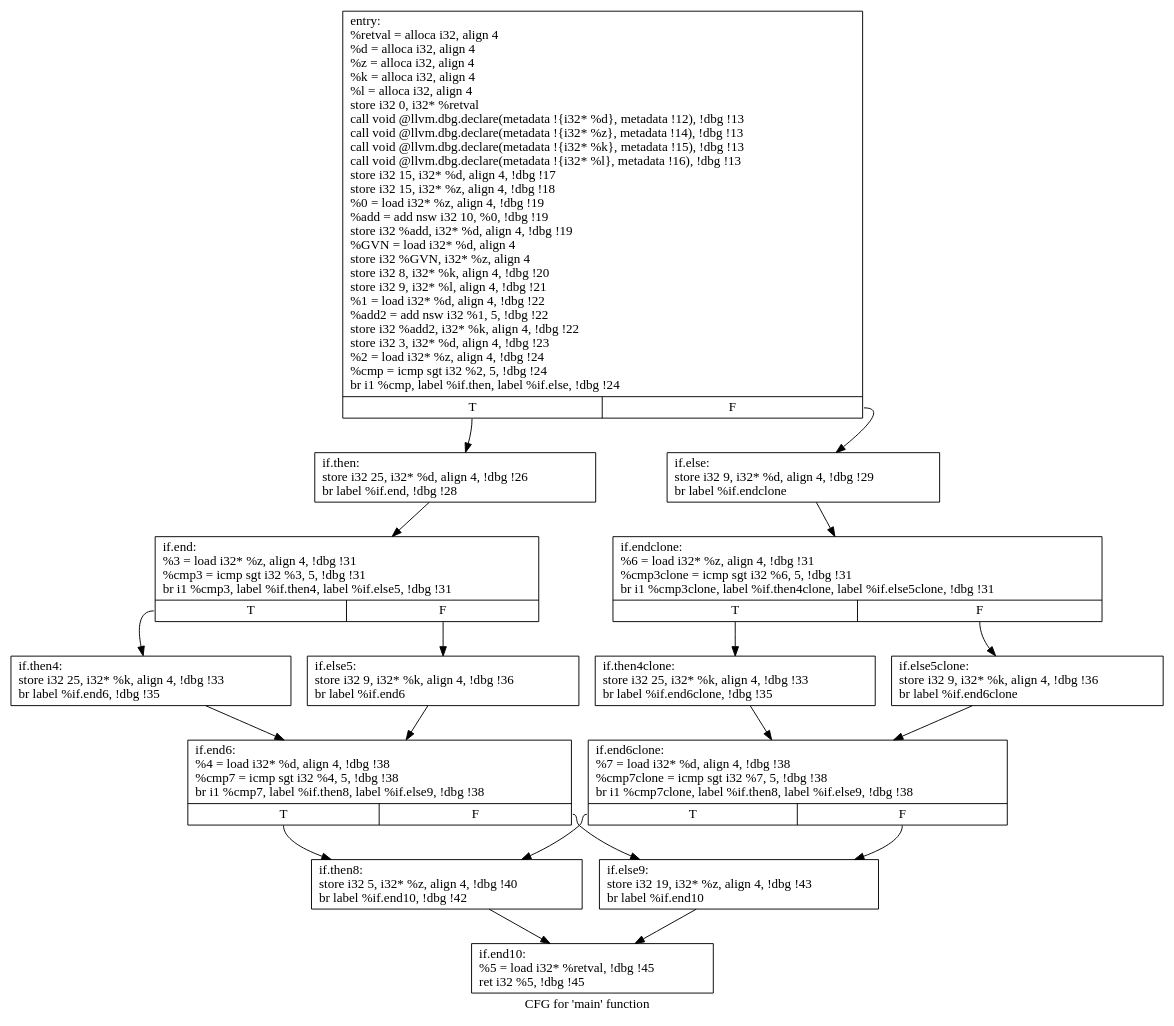
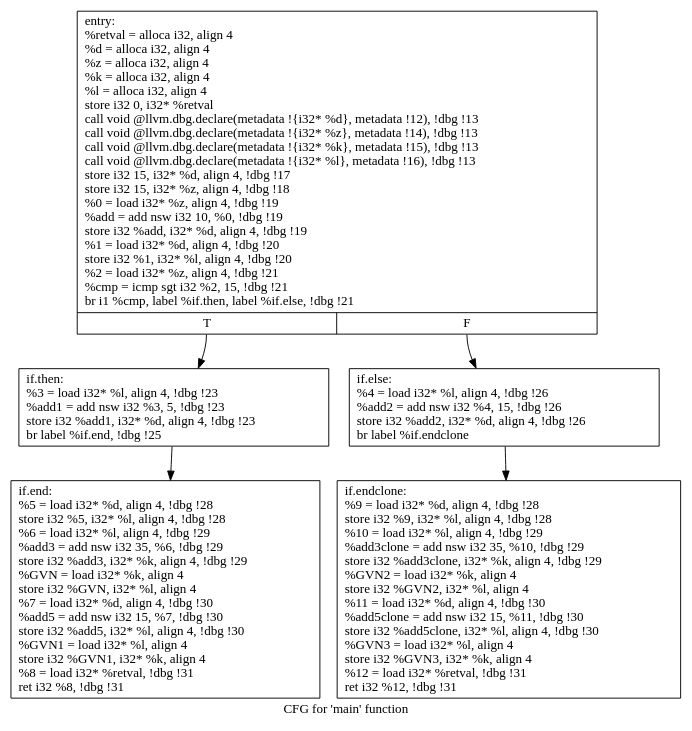
Before and after one commit to ddr2108/CS6241-Array_Bounding: the diagram in Work/Pass/Part 3/Combine/cfg.main.dot, drawn with Graphviz. The commit also changed 1 other file, not shown here.

```diff
--- a/Work/Pass/Part 3/Combine/cfg.main.dot
+++ b/Work/Pass/Part 3/Combine/cfg.main.dot
@@ -1,36 +1,13 @@
 digraph "CFG for 'main' function" {
 	label="CFG for 'main' function";
 
-	Node0x1e4ac90 [shape=record,label="{entry:\l  %retval = alloca i32, align 4\l  %d = alloca i32, align 4\l  %z = alloca i32, align 4\l  %k = alloca i32, align 4\l  %l = alloca i32, align 4\l  store i32 0, i32* %retval\l  call void @llvm.dbg.declare(metadata !\{i32* %d\}, metadata !12), !dbg !13\l  call void @llvm.dbg.declare(metadata !\{i32* %z\}, metadata !14), !dbg !13\l  call void @llvm.dbg.declare(metadata !\{i32* %k\}, metadata !15), !dbg !13\l  call void @llvm.dbg.declare(metadata !\{i32* %l\}, metadata !16), !dbg !13\l  store i32 15, i32* %d, align 4, !dbg !17\l  store i32 15, i32* %z, align 4, !dbg !18\l  %0 = load i32* %z, align 4, !dbg !19\l  %add = add nsw i32 10, %0, !dbg !19\l  store i32 %add, i32* %d, align 4, !dbg !19\l  %GVN = load i32* %d, align 4\l  store i32 %GVN, i32* %z, align 4\l  store i32 8, i32* %k, align 4, !dbg !20\l  store i32 9, i32* %l, align 4, !dbg !21\l  %1 = load i32* %d, align 4, !dbg !22\l  %add2 = add nsw i32 %1, 5, !dbg !22\l  store i32 %add2, i32* %k, align 4, !dbg !22\l  store i32 3, i32* %d, align 4, !dbg !23\l  %2 = load i32* %z, align 4, !dbg !24\l  %cmp = icmp sgt i32 %2, 5, !dbg !24\l  br i1 %cmp, label %if.then, label %if.else, !dbg !24\l|{<s0>T|<s1>F}}"];
-	Node0x1e4ac90:s0 -> Node0x1e4acf0;
-	Node0x1e4ac90:s1 -> Node0x1e4ad50;
-	Node0x1e4acf0 [shape=record,label="{if.then:                                          \l  store i32 25, i32* %d, align 4, !dbg !26\l  br label %if.end, !dbg !28\l}"];
-	Node0x1e4acf0 -> Node0x1e4adb0;
-	Node0x1e4ad50 [shape=record,label="{if.else:                                          \l  store i32 9, i32* %d, align 4, !dbg !29\l  br label %if.endclone\l}"];
-	Node0x1e4ad50 -> Node0x1e72e40;
-	Node0x1e4adb0 [shape=record,label="{if.end:                                           \l  %3 = load i32* %z, align 4, !dbg !31\l  %cmp3 = icmp sgt i32 %3, 5, !dbg !31\l  br i1 %cmp3, label %if.then4, label %if.else5, !dbg !31\l|{<s0>T|<s1>F}}"];
-	Node0x1e4adb0:s0 -> Node0x1e4ae10;
-	Node0x1e4adb0:s1 -> Node0x1e4ae70;
-	Node0x1e4ae10 [shape=record,label="{if.then4:                                         \l  store i32 25, i32* %k, align 4, !dbg !33\l  br label %if.end6, !dbg !35\l}"];
-	Node0x1e4ae10 -> Node0x1e4aed0;
-	Node0x1e4ae70 [shape=record,label="{if.else5:                                         \l  store i32 9, i32* %k, align 4, !dbg !36\l  br label %if.end6\l}"];
-	Node0x1e4ae70 -> Node0x1e4aed0;
-	Node0x1e4aed0 [shape=record,label="{if.end6:                                          \l  %4 = load i32* %d, align 4, !dbg !38\l  %cmp7 = icmp sgt i32 %4, 5, !dbg !38\l  br i1 %cmp7, label %if.then8, label %if.else9, !dbg !38\l|{<s0>T|<s1>F}}"];
-	Node0x1e4aed0:s0 -> Node0x1e4af30;
-	Node0x1e4aed0:s1 -> Node0x1e5a4f0;
-	Node0x1e4af30 [shape=record,label="{if.then8:                                         \l  store i32 5, i32* %z, align 4, !dbg !40\l  br label %if.end10, !dbg !42\l}"];
-	Node0x1e4af30 -> Node0x1e5a550;
-	Node0x1e5a4f0 [shape=record,label="{if.else9:                                         \l  store i32 19, i32* %z, align 4, !dbg !43\l  br label %if.end10\l}"];
-	Node0x1e5a4f0 -> Node0x1e5a550;
-	Node0x1e5a550 [shape=record,label="{if.end10:                                         \l  %5 = load i32* %retval, !dbg !45\l  ret i32 %5, !dbg !45\l}"];
-	Node0x1e72e40 [shape=record,label="{if.endclone:                                      \l  %6 = load i32* %z, align 4, !dbg !31\l  %cmp3clone = icmp sgt i32 %6, 5, !dbg !31\l  br i1 %cmp3clone, label %if.then4clone, label %if.else5clone, !dbg !31\l|{<s0>T|<s1>F}}"];
-	Node0x1e72e40:s0 -> Node0x1e73100;
-	Node0x1e72e40:s1 -> Node0x1e73320;
-	Node0x1e73100 [shape=record,label="{if.then4clone:                                    \l  store i32 25, i32* %k, align 4, !dbg !33\l  br label %if.end6clone, !dbg !35\l}"];
-	Node0x1e73100 -> Node0x1e736a0;
-	Node0x1e73320 [shape=record,label="{if.else5clone:                                    \l  store i32 9, i32* %k, align 4, !dbg !36\l  br label %if.end6clone\l}"];
-	Node0x1e73320 -> Node0x1e736a0;
-	Node0x1e736a0 [shape=record,label="{if.end6clone:                                     \l  %7 = load i32* %d, align 4, !dbg !38\l  %cmp7clone = icmp sgt i32 %7, 5, !dbg !38\l  br i1 %cmp7clone, label %if.then8, label %if.else9, !dbg !38\l|{<s0>T|<s1>F}}"];
-	Node0x1e736a0:s0 -> Node0x1e4af30;
-	Node0x1e736a0:s1 -> Node0x1e5a4f0;
+	Node0x1cdfd40 [shape=record,label="{entry:\l  %retval = alloca i32, align 4\l  %d = alloca i32, align 4\l  %z = alloca i32, align 4\l  %k = alloca i32, align 4\l  %l = alloca i32, align 4\l  store i32 0, i32* %retval\l  call void @llvm.dbg.declare(metadata !\{i32* %d\}, metadata !12), !dbg !13\l  call void @llvm.dbg.declare(metadata !\{i32* %z\}, metadata !14), !dbg !13\l  call void @llvm.dbg.declare(metadata !\{i32* %k\}, metadata !15), !dbg !13\l  call void @llvm.dbg.declare(metadata !\{i32* %l\}, metadata !16), !dbg !13\l  store i32 15, i32* %d, align 4, !dbg !17\l  store i32 15, i32* %z, align 4, !dbg !18\l  %0 = load i32* %z, align 4, !dbg !19\l  %add = add nsw i32 10, %0, !dbg !19\l  store i32 %add, i32* %d, align 4, !dbg !19\l  %1 = load i32* %d, align 4, !dbg !20\l  store i32 %1, i32* %l, align 4, !dbg !20\l  %2 = load i32* %z, align 4, !dbg !21\l  %cmp = icmp sgt i32 %2, 15, !dbg !21\l  br i1 %cmp, label %if.then, label %if.else, !dbg !21\l|{<s0>T|<s1>F}}"];
+	Node0x1cdfd40:s0 -> Node0x1cdf160;
+	Node0x1cdfd40:s1 -> Node0x1ce0430;
+	Node0x1cdf160 [shape=record,label="{if.then:                                          \l  %3 = load i32* %l, align 4, !dbg !23\l  %add1 = add nsw i32 %3, 5, !dbg !23\l  store i32 %add1, i32* %d, align 4, !dbg !23\l  br label %if.end, !dbg !25\l}"];
+	Node0x1cdf160 -> Node0x1cdb860;
+	Node0x1ce0430 [shape=record,label="{if.else:                                          \l  %4 = load i32* %l, align 4, !dbg !26\l  %add2 = add nsw i32 %4, 15, !dbg !26\l  store i32 %add2, i32* %d, align 4, !dbg !26\l  br label %if.endclone\l}"];
+	Node0x1ce0430 -> Node0x1d01740;
+	Node0x1cdb860 [shape=record,label="{if.end:                                           \l  %5 = load i32* %d, align 4, !dbg !28\l  store i32 %5, i32* %l, align 4, !dbg !28\l  %6 = load i32* %l, align 4, !dbg !29\l  %add3 = add nsw i32 35, %6, !dbg !29\l  store i32 %add3, i32* %k, align 4, !dbg !29\l  %GVN = load i32* %k, align 4\l  store i32 %GVN, i32* %l, align 4\l  %7 = load i32* %d, align 4, !dbg !30\l  %add5 = add nsw i32 15, %7, !dbg !30\l  store i32 %add5, i32* %l, align 4, !dbg !30\l  %GVN1 = load i32* %l, align 4\l  store i32 %GVN1, i32* %k, align 4\l  %8 = load i32* %retval, !dbg !31\l  ret i32 %8, !dbg !31\l}"];
+	Node0x1d01740 [shape=record,label="{if.endclone:                                      \l  %9 = load i32* %d, align 4, !dbg !28\l  store i32 %9, i32* %l, align 4, !dbg !28\l  %10 = load i32* %l, align 4, !dbg !29\l  %add3clone = add nsw i32 35, %10, !dbg !29\l  store i32 %add3clone, i32* %k, align 4, !dbg !29\l  %GVN2 = load i32* %k, align 4\l  store i32 %GVN2, i32* %l, align 4\l  %11 = load i32* %d, align 4, !dbg !30\l  %add5clone = add nsw i32 15, %11, !dbg !30\l  store i32 %add5clone, i32* %l, align 4, !dbg !30\l  %GVN3 = load i32* %l, align 4\l  store i32 %GVN3, i32* %k, align 4\l  %12 = load i32* %retval, !dbg !31\l  ret i32 %12, !dbg !31\l}"];
 }
```
